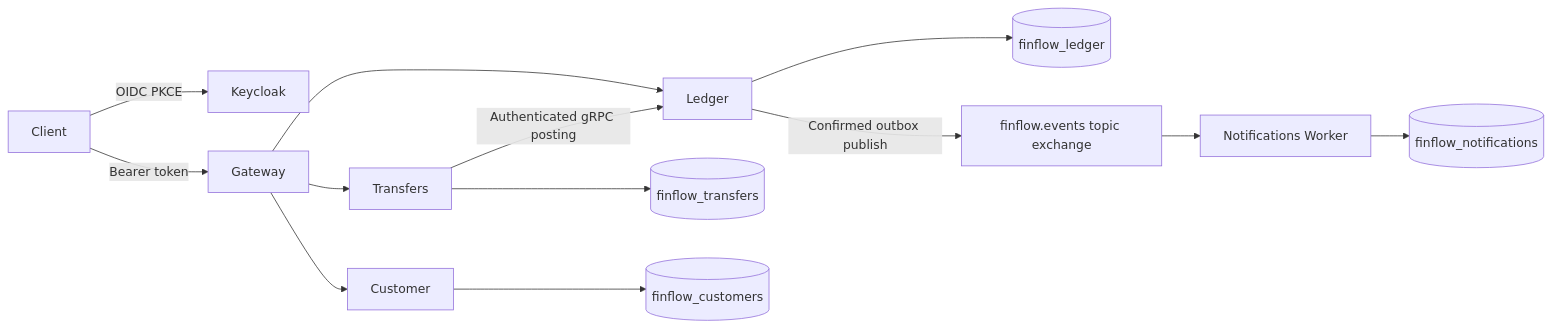
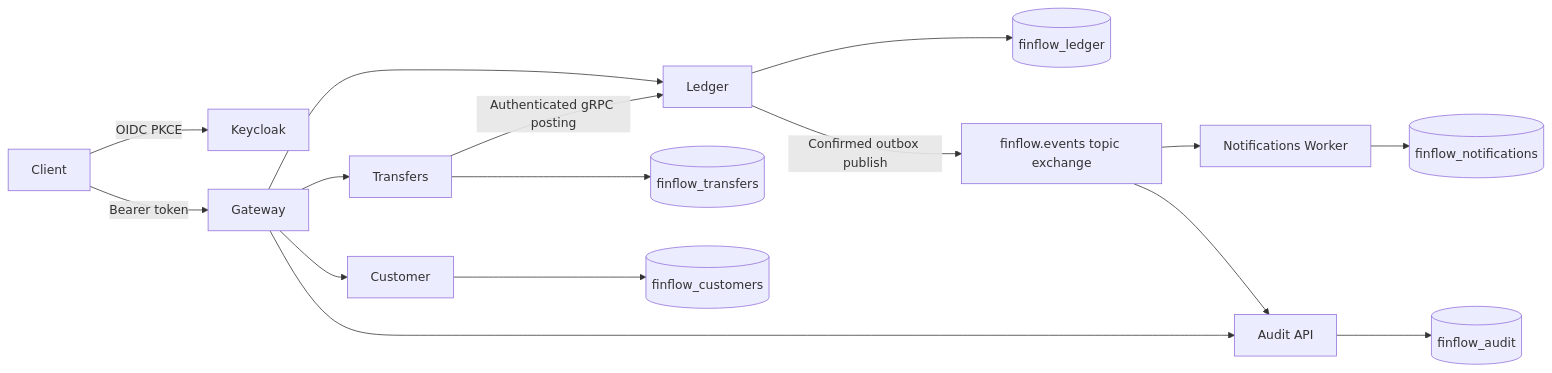
The first of 2 diagrams in docs/architecture/current.md (vaaakoo/FinFlow), drawn with Mermaid before and after one commit. The commit also changed other lines of this file and 33 other files, not shown here.

First line of the commit message:
Add Audit API for transfer event tracking

````diff
--- a/docs/architecture/current.md
+++ b/docs/architecture/current.md
@@ -5,15 +5,18 @@
 ```mermaid
 flowchart LR
     Client -->|OIDC PKCE| Keycloak
     Client -->|Bearer token| Gateway
     Gateway --> Ledger
     Gateway --> Customer
     Gateway --> Transfers
     Transfers --> TransferDb[(finflow_transfers)]
     Transfers -->|Authenticated gRPC posting| Ledger
     Customer --> CustomerDb[(finflow_customers)]
     Ledger --> LedgerDb[(finflow_ledger)]
     Ledger -->|Confirmed outbox publish| RabbitMQ[finflow.events topic exchange]
     RabbitMQ --> Worker[Notifications Worker]
     Worker --> NotificationDb[(finflow_notifications)]
+    RabbitMQ --> Audit[Audit API]
+    Gateway --> Audit
+    Audit --> AuditDb[(finflow_audit)]
 ```
````
